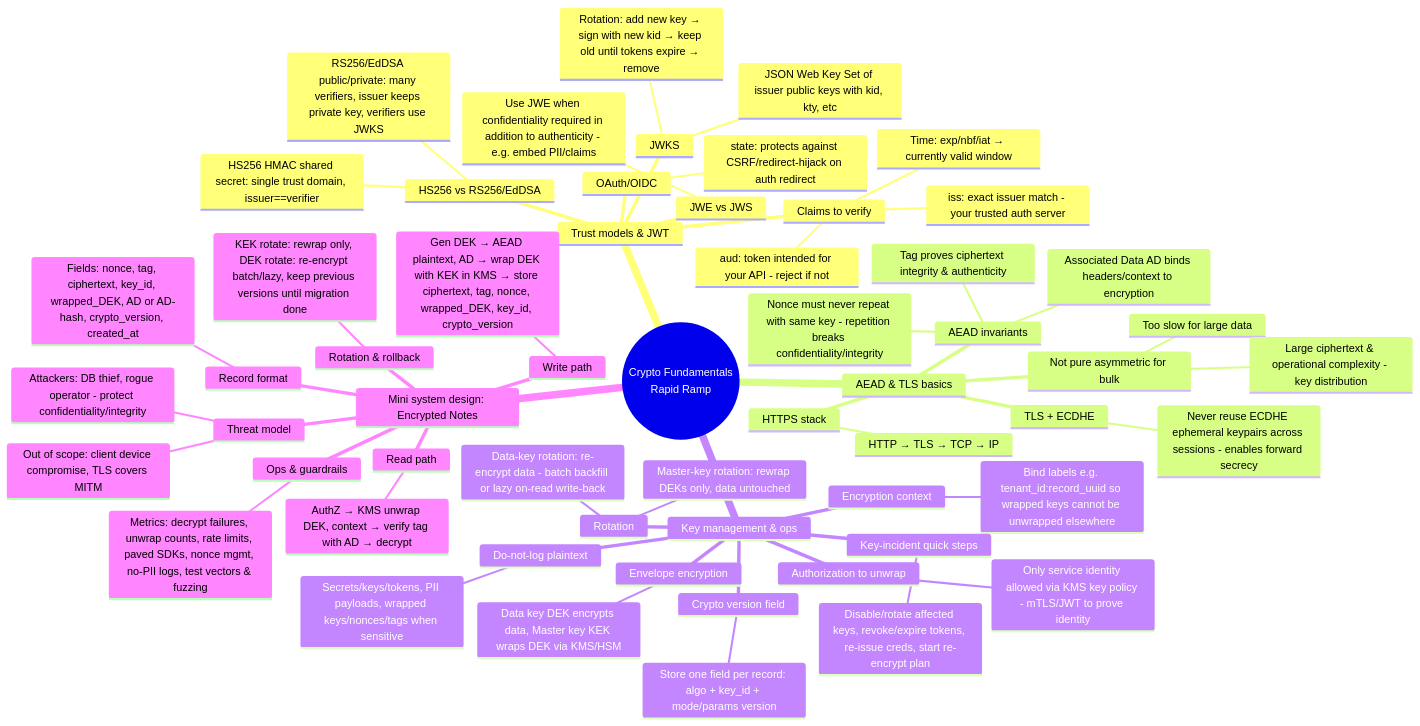
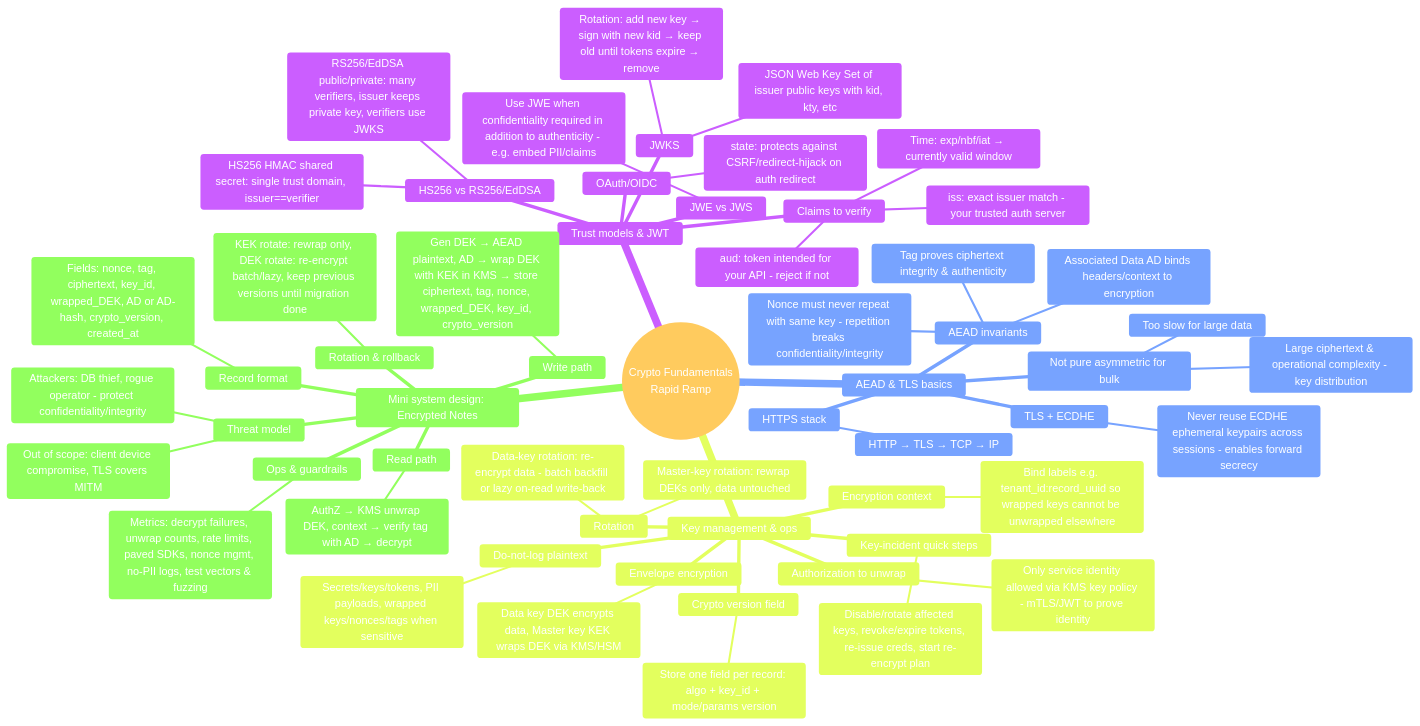
One commit to irahulsawhney/crypto-concepts changed the diagram in diagrams/00-rapid-ramp-mindmap.mmd. Above: the diagram before and after it, drawn with Mermaid.

Commit message:
Force all mindmap text to white for dark mode visibility

```diff
--- a/diagrams/00-rapid-ramp-mindmap.mmd
+++ b/diagrams/00-rapid-ramp-mindmap.mmd
@@ -1,60 +1,61 @@
 %% Crypto Fundamentals — Rapid Ramp Mindmap
+%%{init: {'theme':'base', 'themeVariables': { 'primaryTextColor':'#ffffff', 'secondaryTextColor':'#ffffff', 'tertiaryTextColor':'#ffffff', 'textColor':'#ffffff', 'nodeTextColor':'#ffffff'}}}%%
 mindmap
   root((Crypto Fundamentals<br/>Rapid Ramp))
     Trust models & JWT
       JWKS
         JSON Web Key Set of issuer public keys with kid, kty, etc
         Rotation: add new key → sign with new kid → keep old until tokens expire → remove
       Claims to verify
         aud: token intended for your API - reject if not
         iss: exact issuer match - your trusted auth server
         Time: exp/nbf/iat → currently valid window
       HS256 vs RS256/EdDSA
         HS256 HMAC shared secret: single trust domain, issuer==verifier
         RS256/EdDSA public/private: many verifiers, issuer keeps private key, verifiers use JWKS
       OAuth/OIDC
         state: protects against CSRF/redirect-hijack on auth redirect
       JWE vs JWS
         Use JWE when confidentiality required in addition to authenticity - e.g. embed PII/claims
     AEAD & TLS basics
       AEAD invariants
         Nonce must never repeat with same key - repetition breaks confidentiality/integrity
         Tag proves ciphertext integrity & authenticity
         Associated Data AD binds headers/context to encryption
       TLS + ECDHE
         Never reuse ECDHE ephemeral keypairs across sessions - enables forward secrecy
       HTTPS stack
         HTTP → TLS → TCP → IP
       Not pure asymmetric for bulk
         Too slow for large data
         Large ciphertext & operational complexity - key distribution
     Key management & ops
       Envelope encryption
         Data key DEK encrypts data, Master key KEK wraps DEK via KMS/HSM
       Crypto version field
         Store one field per record: algo + key_id + mode/params version
       Rotation
         Master-key rotation: rewrap DEKs only, data untouched
         Data-key rotation: re-encrypt data - batch backfill or lazy on-read write-back
       Authorization to unwrap
         Only service identity allowed via KMS key policy - mTLS/JWT to prove identity
       Encryption context
         Bind labels e.g. tenant_id:record_uuid so wrapped keys cannot be unwrapped elsewhere
       Do-not-log plaintext
         Secrets/keys/tokens, PII payloads, wrapped keys/nonces/tags when sensitive
       Key-incident quick steps
         Disable/rotate affected keys, revoke/expire tokens, re-issue creds, start re-encrypt plan
     Mini system design: Encrypted Notes
       Threat model
         Attackers: DB thief, rogue operator - protect confidentiality/integrity
         Out of scope: client device compromise, TLS covers MITM
       Record format
         Fields: nonce, tag, ciphertext, key_id, wrapped_DEK, AD or AD-hash, crypto_version, created_at
       Write path
         Gen DEK → AEAD plaintext, AD → wrap DEK with KEK in KMS → store ciphertext, tag, nonce, wrapped_DEK, key_id, crypto_version
       Read path
         AuthZ → KMS unwrap DEK, context → verify tag with AD → decrypt
       Rotation & rollback
         KEK rotate: rewrap only, DEK rotate: re-encrypt batch/lazy, keep previous versions until migration done
       Ops & guardrails
         Metrics: decrypt failures, unwrap counts, rate limits, paved SDKs, nonce mgmt, no-PII logs, test vectors & fuzzing
```
